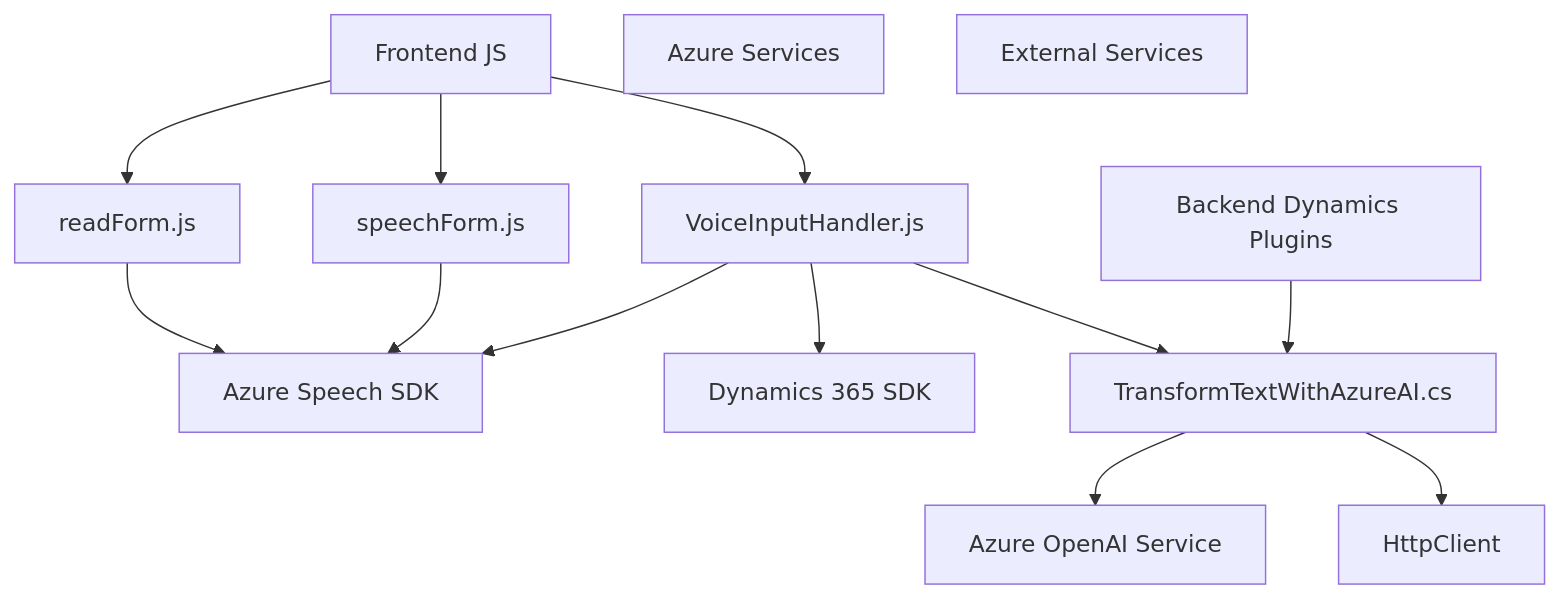
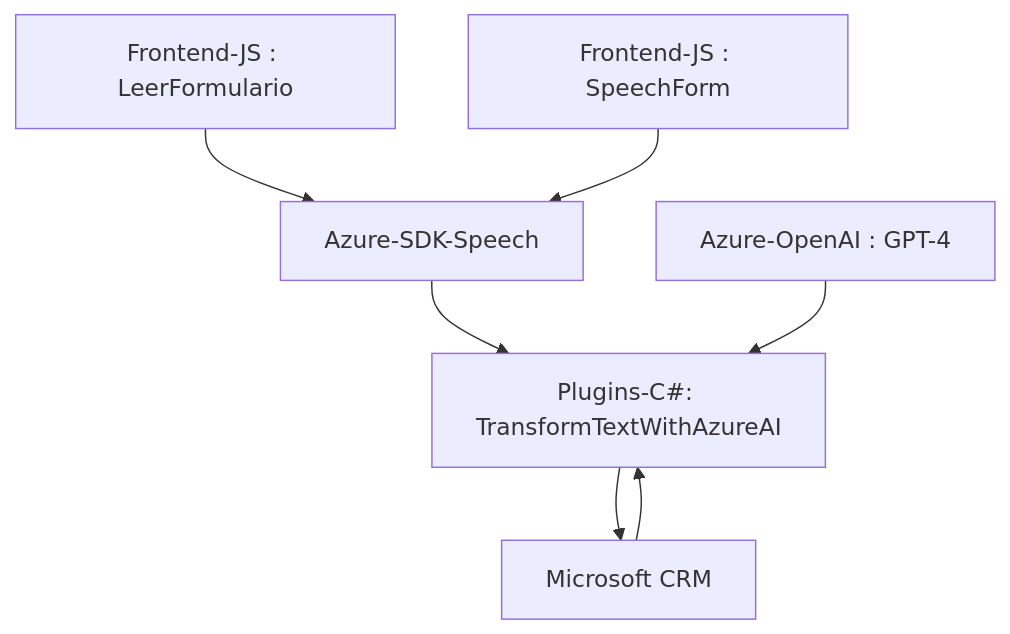
Before and after one commit to blopezdm/NETCORE_BILBAO2025: the diagram in README.md, drawn with Mermaid. The commit also changed other lines of this file, not shown here.

````diff
--- a/README.md
+++ b/README.md
@@ -39,30 +70,16 @@
 ```mermaid
 graph TD
-    A["Frontend JS"]
-    A1["readForm.js"]
-    A2["speechForm.js"]
-    A3["VoiceInputHandler.js"]
-    
-    B["Backend Dynamics Plugins"]
-    B1["TransformTextWithAzureAI.cs"]
-    
-    C["Azure Services"]
-    C1["Azure Speech SDK"]
-    C2["Azure OpenAI Service"]
-    
-    D["External Services"]
-    D1["Dynamics 365 SDK"]
-    D2["HttpClient"]
-
-    A --> A1
-    A --> A2
-    A --> A3
-    B --> B1
-    A1 --> C1
-    A2 --> C1
-    A3 --> C1
-    A3 --> D1
-    A3 --> B1
-    B1 --> C2
-    B1 --> D2
+  A["Frontend-JS : LeerFormulario"]
+  B["Frontend-JS : SpeechForm"]
+  C["Azure-SDK-Speech"]
+  D["Microsoft CRM"]
+  E["Plugins-C#: TransformTextWithAzureAI"]
+  F["Azure-OpenAI : GPT-4"]
+  
+  A --> C
+  B --> C
+  C --> E
+  E --> D
+  D --> E
+  F --> E
 ```
````
